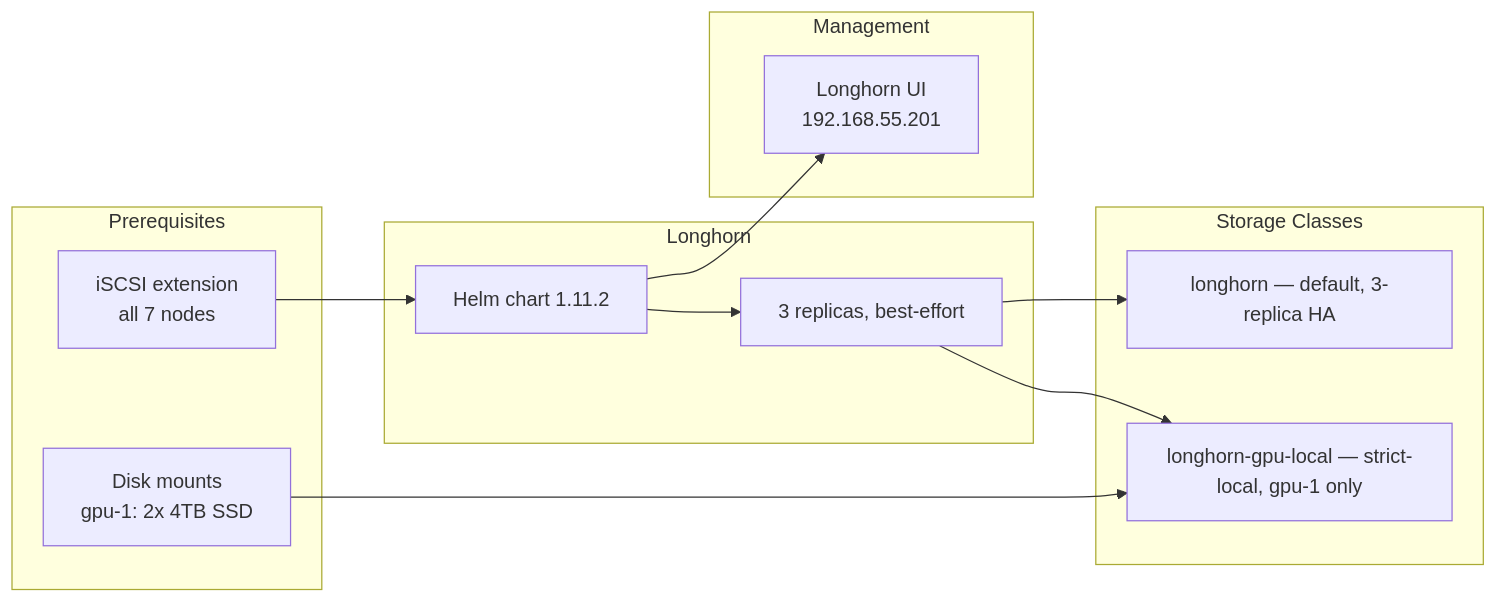
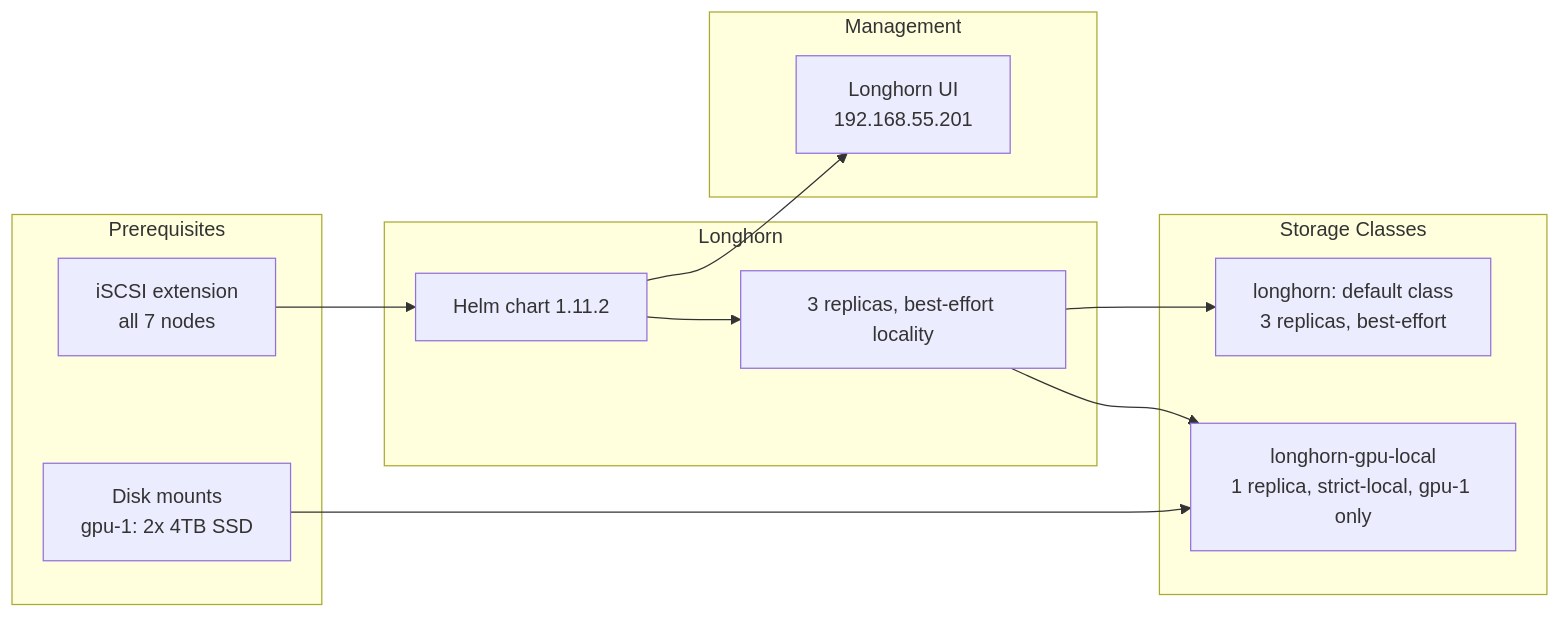
Before and after one commit to derio-net/frank: the diagram in blog/content/docs/building/03-storage/index.md, drawn with Mermaid. The commit also changed other lines of this file and 52 other files, not shown here.

````diff
--- a/blog/content/docs/building/03-storage/index.md
+++ b/blog/content/docs/building/03-storage/index.md
@@ -21,25 +35,25 @@
 ```mermaid
 flowchart LR
   subgraph Prerequisites[Prerequisites]
     ISCSI[iSCSI extension<br/>all 7 nodes]
     Disks[Disk mounts<br/>gpu-1: 2x 4TB SSD]
   end
   subgraph Longhorn[Longhorn]
     Helm[Helm chart 1.11.2]
-    Values[3 replicas, best-effort]
+    Values[3 replicas, best-effort locality]
   end
   subgraph Classes[Storage Classes]
-    Default[longhorn — default, 3-replica HA]
-    GPU[longhorn-gpu-local — strict-local, gpu-1 only]
+    Default[longhorn: default class<br/>3 replicas, best-effort]
+    GPU[longhorn-gpu-local<br/>1 replica, strict-local, gpu-1 only]
   end
   subgraph UI[Management]
     Dashboard[Longhorn UI<br/>192.168.55.201]
   end
 
   ISCSI --> Helm
   Disks --> GPU
   Helm --> Values
   Values --> Default
   Values --> GPU
   Helm --> Dashboard
 ```
````
